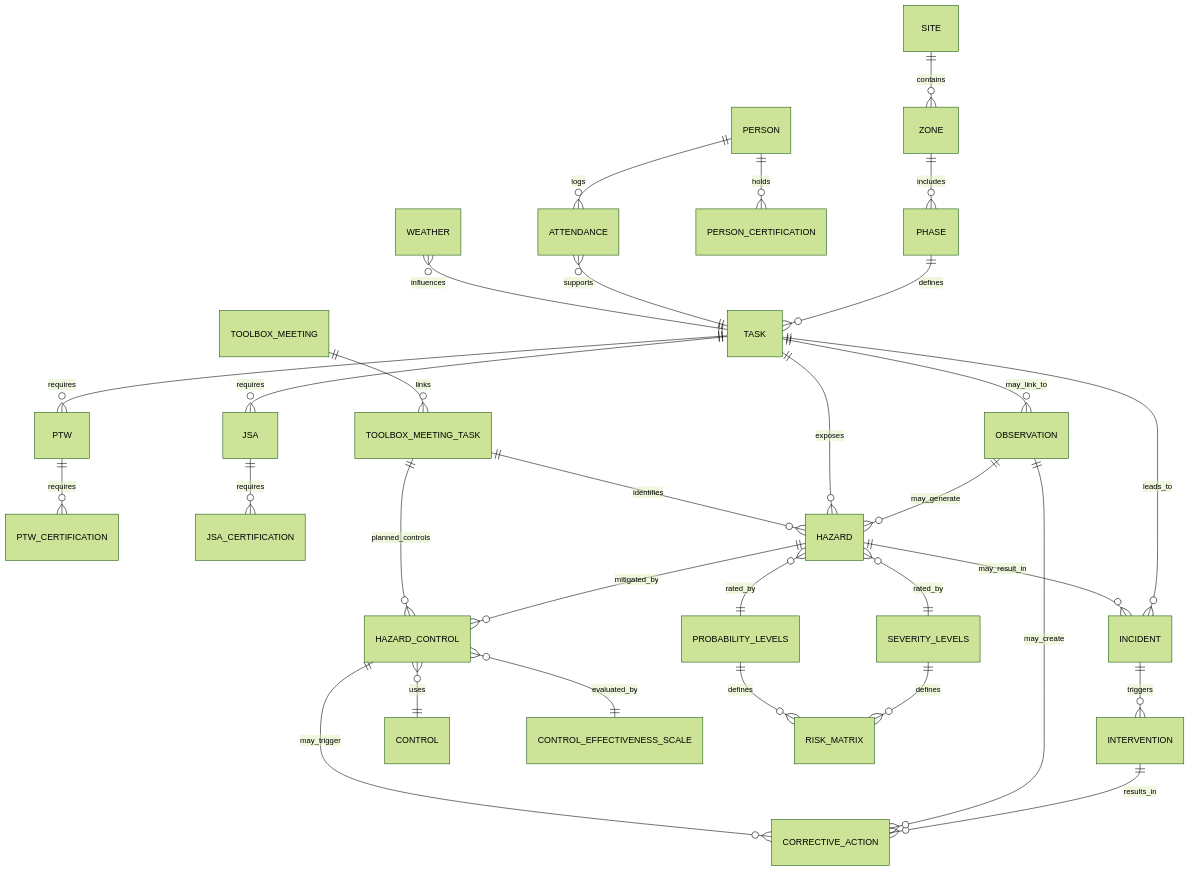
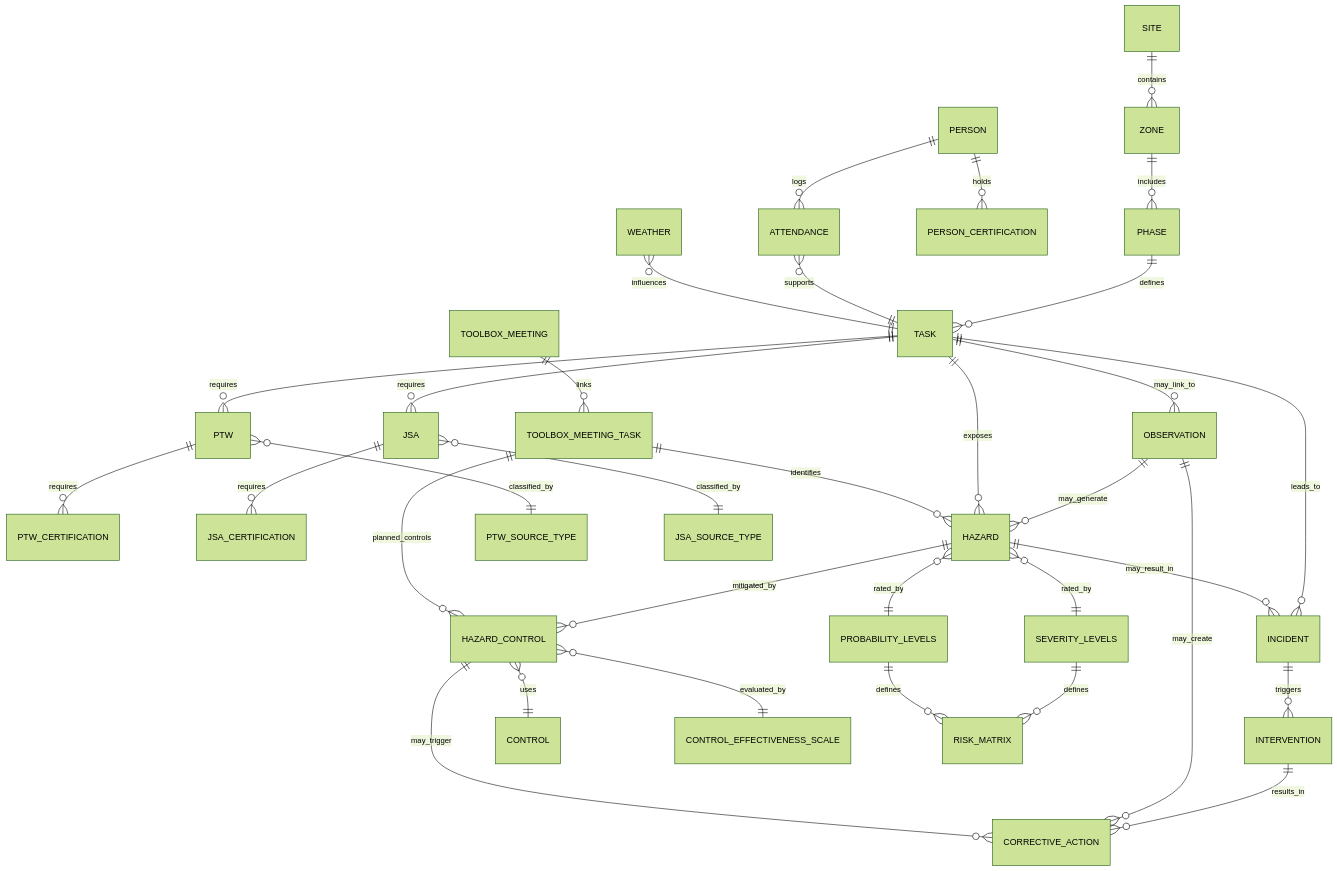
Before and after one commit to Euchie23/Euchie23: the second of 2 diagrams in README.md, drawn with Mermaid (forest theme).

````diff
--- a/README.md
+++ b/README.md
@@ -131,45 +131,49 @@
 ```mermaid
 erDiagram
     SITE ||--o{ ZONE : contains
     ZONE ||--o{ PHASE : includes
     PHASE ||--o{ TASK : defines
 
     PERSON ||--o{ ATTENDANCE : logs
     ATTENDANCE }o--|| TASK : supports
 
     TASK ||--o{ PTW : requires
     TASK ||--o{ JSA : requires
 
     PERSON ||--o{ PERSON_CERTIFICATION : holds
     PTW ||--o{ PTW_CERTIFICATION : requires
     JSA ||--o{ JSA_CERTIFICATION : requires
 
     TASK ||--o{ INCIDENT : leads_to
     INCIDENT ||--o{ INTERVENTION : triggers
     INTERVENTION ||--o{ CORRECTIVE_ACTION : results_in
 
     TASK ||--o{ OBSERVATION  : may_link_to
     OBSERVATION ||--o{ HAZARD : may_generate
     OBSERVATION ||--o{ CORRECTIVE_ACTION : may_create
 
     TASK ||--o{ HAZARD : exposes
     HAZARD ||--o{ HAZARD_CONTROL : mitigated_by
     HAZARD_CONTROL }o--|| CONTROL : uses
     HAZARD_CONTROL }o--|| CONTROL_EFFECTIVENESS_SCALE : evaluated_by
 
     HAZARD }o--|| SEVERITY_LEVELS : rated_by
     HAZARD }o--|| PROBABILITY_LEVELS : rated_by
     SEVERITY_LEVELS ||--o{ RISK_MATRIX : defines
     PROBABILITY_LEVELS ||--o{ RISK_MATRIX : defines
 
    
     HAZARD_CONTROL ||--o{ CORRECTIVE_ACTION : may_trigger
     HAZARD ||--o{ INCIDENT : may_result_in
 
 
     TOOLBOX_MEETING ||--o{ TOOLBOX_MEETING_TASK : links
     TOOLBOX_MEETING_TASK ||--o{ HAZARD : identifies
     TOOLBOX_MEETING_TASK ||--o{ HAZARD_CONTROL : planned_controls
 
     WEATHER }o--|| TASK : influences
+
+    PTW }o--|| PTW_SOURCE_TYPE : classified_by
+    JSA }o--|| JSA_SOURCE_TYPE : classified_by
+
 ```
````
